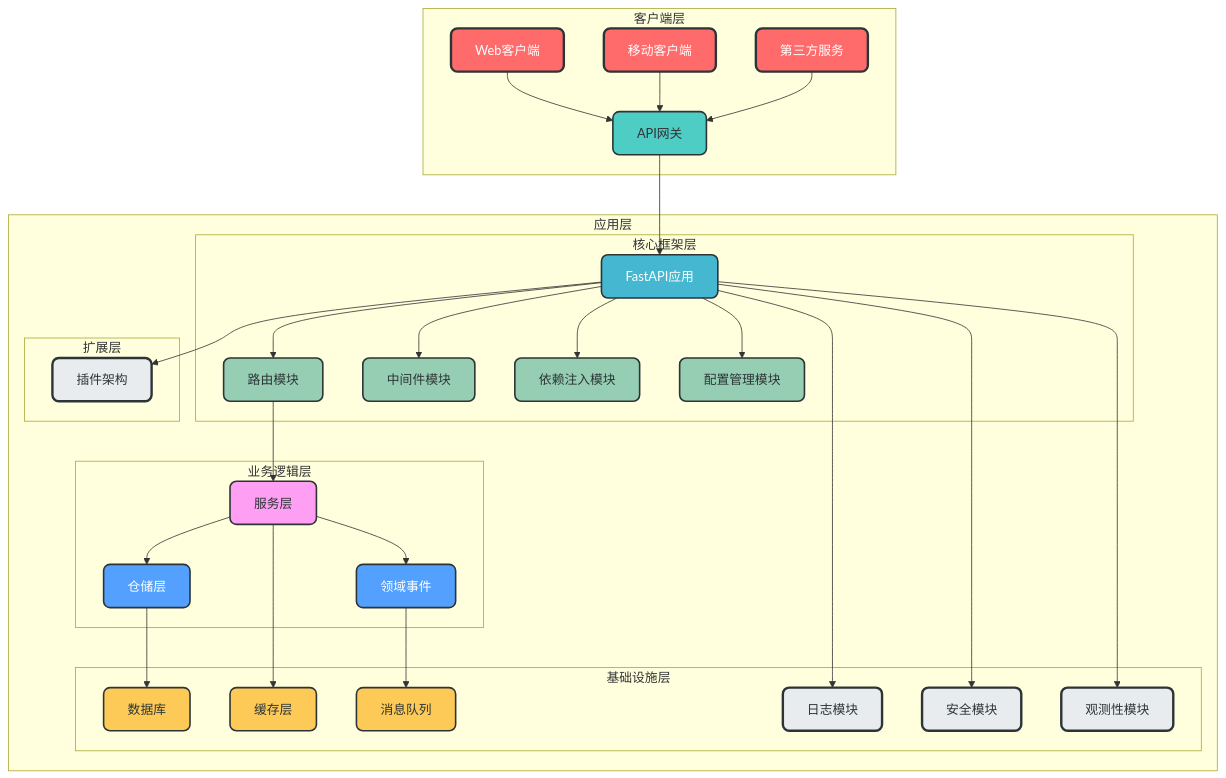
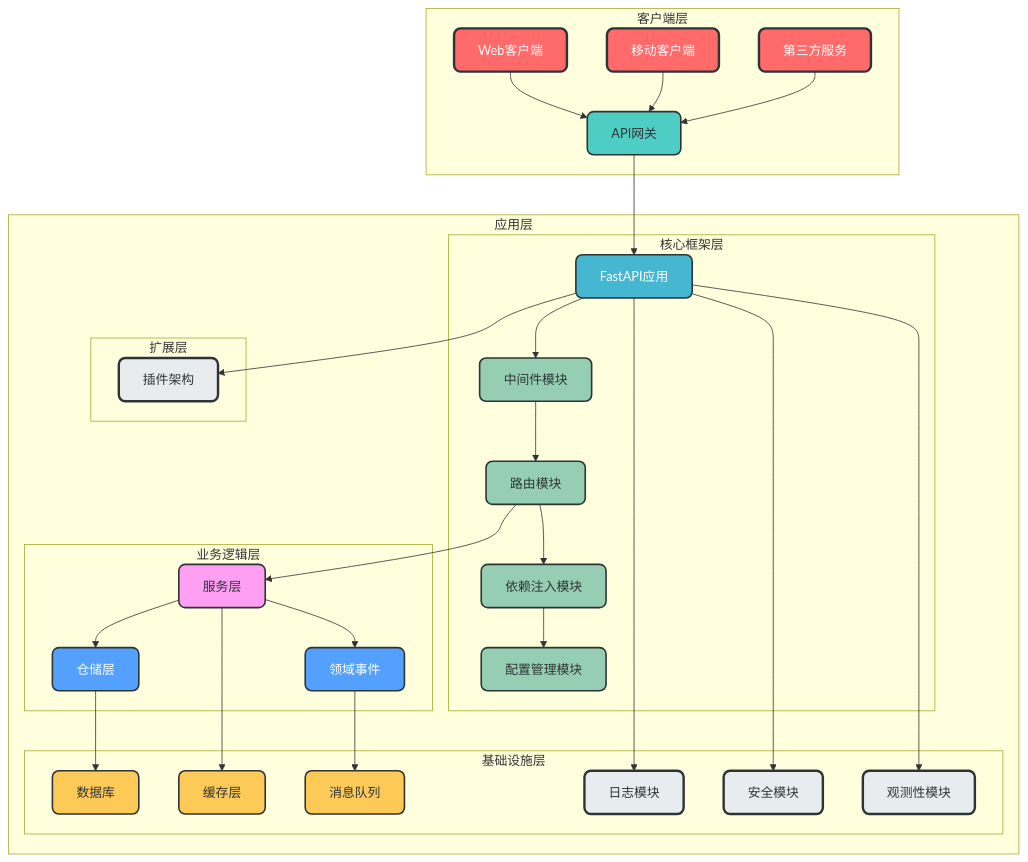
Before and after one commit to amuqiao/fastapi-enterprise-framework-template: the first of 25 diagrams in docs/design/architecture_guide.md, drawn with Mermaid. The commit also changed other lines of this file, not shown here.

````diff
--- a/docs/design/architecture_guide.md
+++ b/docs/design/architecture_guide.md
@@ -45,58 +45,56 @@
 ```mermaid
 graph TD
     subgraph 客户端层
         A[Web客户端] --> B[API网关]
         C[移动客户端] --> B
         D[第三方服务] --> B
     end
     
     subgraph 应用层
         B --> E[FastAPI应用]
         
         subgraph 核心框架层
-            E --> F[路由模块]
-            E --> G[中间件模块]
-            E --> H[依赖注入模块]
-            E --> I[配置管理模块]
+            E --> G[中间件模块] --> F[路由模块]
+            F --> H[依赖注入模块] --> I[配置管理模块]
         end
         
         subgraph 业务逻辑层
             F --> J[服务层]
             J --> K[仓储层]
             J --> L[领域事件]
         end
         
         subgraph 基础设施层
             K --> M[数据库]
             J --> N[缓存层]
             L --> O[消息队列]
             E --> P[日志模块]
             E --> Q[安全模块]
             E --> R[观测性模块]
         end
         
         subgraph 扩展层
             E --> S[插件架构]
         end
     end
     
     style A fill:#FF6B6B,stroke:#2D3436,stroke-width:3px,color:white,rx:8,ry:8
     style C fill:#FF6B6B,stroke:#2D3436,stroke-width:3px,color:white,rx:8,ry:8
     style D fill:#FF6B6B,stroke:#2D3436,stroke-width:3px,color:white,rx:8,ry:8
     style B fill:#4ECDC4,stroke:#2D3436,stroke-width:2px,color:#2D3436,rx:8,ry:8
     style E fill:#45B7D1,stroke:#2D3436,stroke-width:2px,color:white,rx:8,ry:8
     style F fill:#96CEB4,stroke:#2D3436,stroke-width:2px,color:#2D3436,rx:8,ry:8
     style G fill:#96CEB4,stroke:#2D3436,stroke-width:2px,color:#2D3436,rx:8,ry:8
     style H fill:#96CEB4,stroke:#2D3436,stroke-width:2px,color:#2D3436,rx:8,ry:8
     style I fill:#96CEB4,stroke:#2D3436,stroke-width:2px,color:#2D3436,rx:8,ry:8
     style J fill:#FF9FF3,stroke:#2D3436,stroke-width:2px,color:#2D3436,rx:8,ry:8
     style K fill:#54A0FF,stroke:#2D3436,stroke-width:2px,color:white,rx:8,ry:8
     style L fill:#54A0FF,stroke:#2D3436,stroke-width:2px,color:white,rx:8,ry:8
     style M fill:#FECA57,stroke:#2D3436,stroke-width:2px,color:#2D3436,rx:8,ry:8
     style N fill:#FECA57,stroke:#2D3436,stroke-width:2px,color:#2D3436,rx:8,ry:8
     style O fill:#FECA57,stroke:#2D3436,stroke-width:2px,color:#2D3436,rx:8,ry:8
     style P fill:#E9ECEF,stroke:#2D3436,stroke-width:3px,color:#2D3436,rx:8,ry:8
     style Q fill:#E9ECEF,stroke:#2D3436,stroke-width:3px,color:#2D3436,rx:8,ry:8
     style R fill:#E9ECEF,stroke:#2D3436,stroke-width:3px,color:#2D3436,rx:8,ry:8
     style S fill:#E9ECEF,stroke:#2D3436,stroke-width:3px,color:#2D3436,rx:8,ry:8
 ```
````
